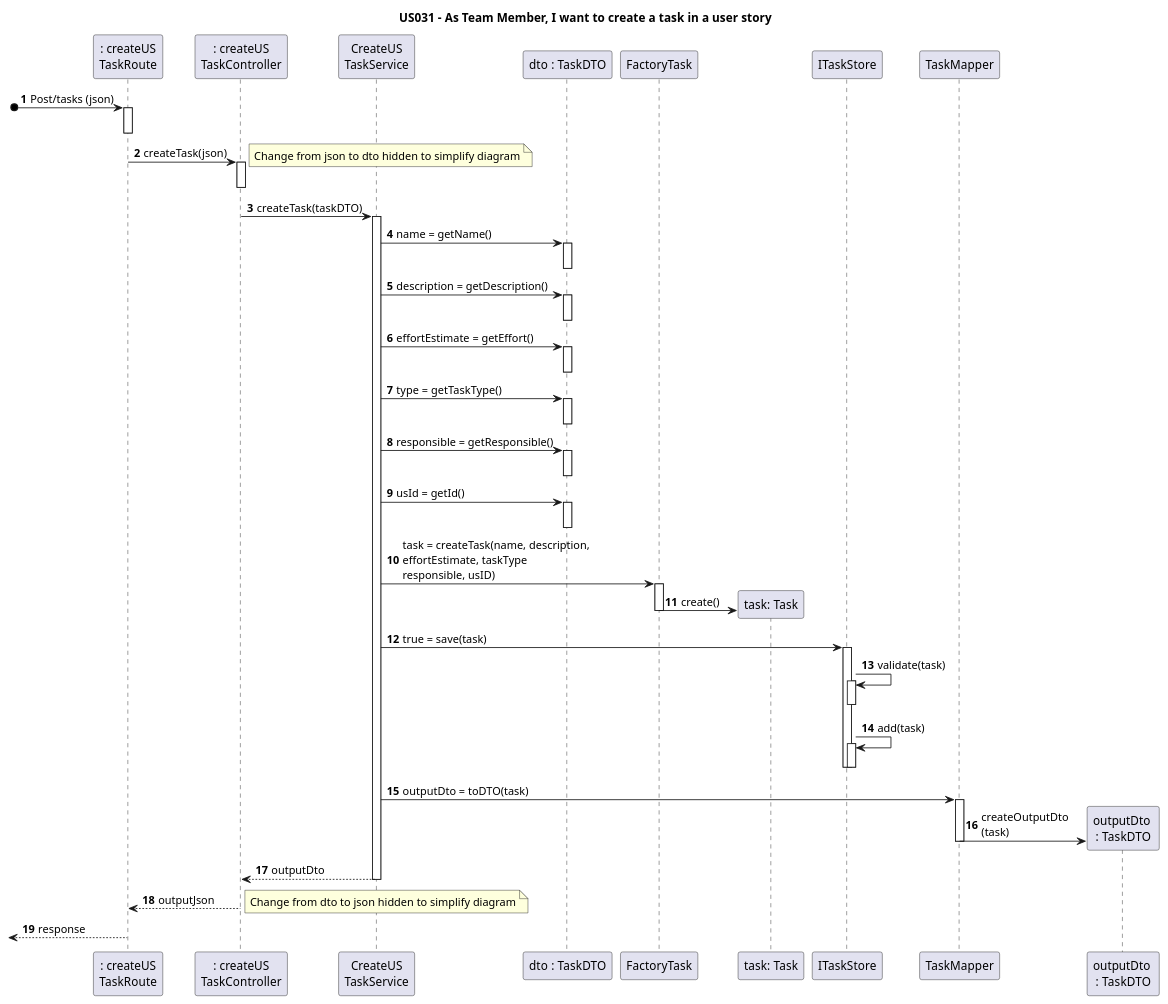
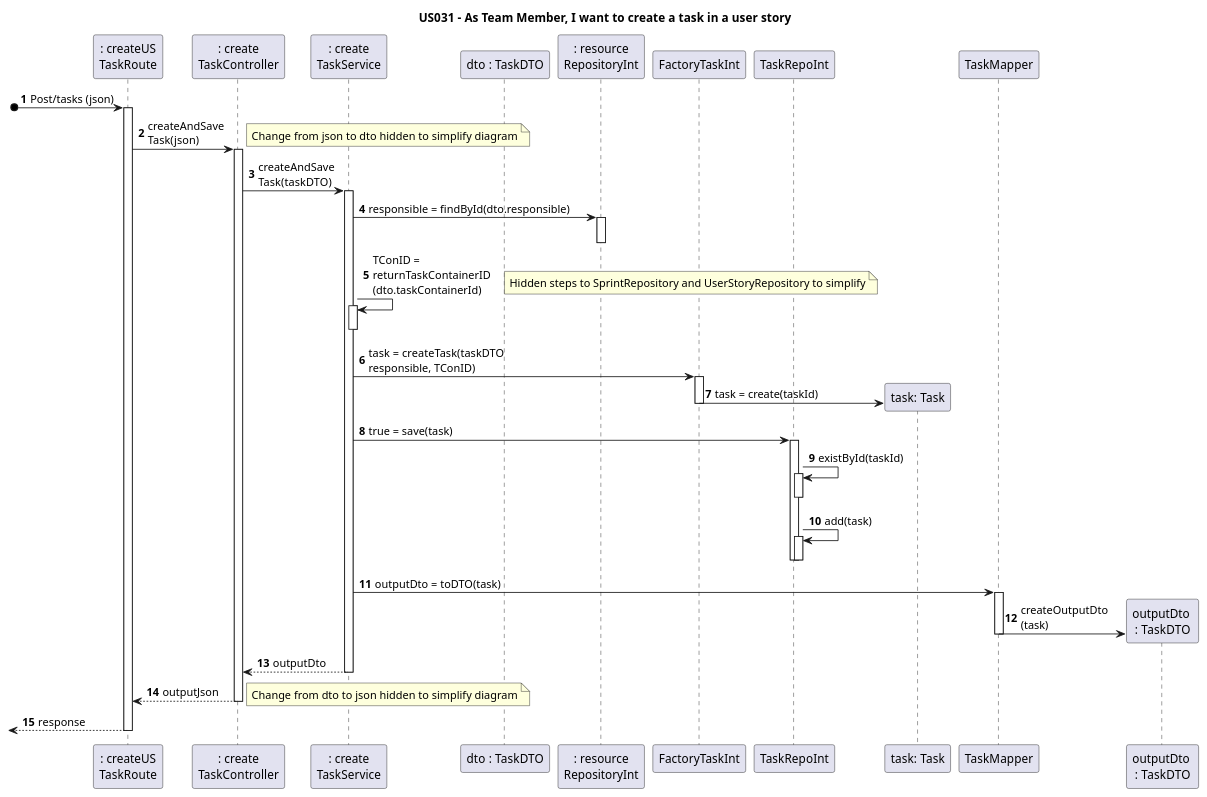
Before and after one commit to nunogon1211787/projectManagement: the diagram in docs/Reeng/US031Reeng/US031-SD.puml, drawn with PlantUML. The commit also changed 10 other files, not shown here.

Commit message:
Refactoring: Updating TaskReeng, with changes to TaskRepository, TaskFactory, CreateTaskController, TaskDTO, TaskContainerID. Add try and catch to CreateTaskController. Create ErrorMessage class. Update US031 SD. (address #153, resolve #168)

```diff
--- a/docs/Reeng/US031Reeng/US031-SD.puml
+++ b/docs/Reeng/US031Reeng/US031-SD.puml
@@ -1,76 +1,73 @@
 @startuml
 'https://plantuml.com/sequence-diagram
 
 title US031 - As Team Member, I want to create a task in a user story
 
 autonumber
 autoactivate on
 
 
 participant ": createUS\nTaskRoute" as UI
-participant ": createUS\nTaskController" as Ctrl
-participant "CreateUS\nTaskService" as tService
+participant ": create\nTaskController" as Ctrl
+participant ": create\nTaskService" as tService
 participant "dto : TaskDTO" as dtoTask
-participant "FactoryTask" as factoryT
+participant ": resource\nRepositoryInt" as resInt
+participant "FactoryTaskInt" as factoryT
+participant "TaskRepoInt" as taskStore
 participant "task: Task" as task
-participant "ITaskStore" as taskStore
 participant "TaskMapper" as mapper
 participant "outputDto \n: TaskDTO" as output
 
 
 [o-> UI: Post/tasks (json)
-deactivate
-UI -> Ctrl: createTask(json)
-deactivate
+
+UI -> Ctrl: createAndSave\nTask(json)
+
 
 note right
     Change from json to dto hidden to simplify diagram
 end note
 
-Ctrl -> tService: createTask(taskDTO)
+Ctrl -> tService: createAndSave\nTask(taskDTO)
 
-tService -> dtoTask: name = getName()
+tService -> resInt: responsible = findById(dto.responsible)
 deactivate
-tService -> dtoTask: description = getDescription()
-deactivate
-tService -> dtoTask: effortEstimate = getEffort()
-deactivate
-tService -> dtoTask: type = getTaskType()
-deactivate
-tService -> dtoTask: responsible = getResponsible()
-deactivate
-tService -> dtoTask: usId = getId()
+tService -> tService: TConID = \nreturnTaskContainerID\n(dto.taskContainerId)
+note right
+    Hidden steps to SprintRepository and UserStoryRepository to simplify
+end note
+
 deactivate
 
-tService -> factoryT: task = createTask(name, description, \neffortEstimate, taskType \nresponsible, usID)
+tService -> factoryT: task = createTask(taskDTO \nresponsible, TConID)
 
-factoryT -> task**: create()
+factoryT -> task**: task = create(taskId)
 deactivate
 
 tService -> taskStore: true = save(task)
 
-taskStore -> taskStore: validate(task)
+taskStore -> taskStore: existById(taskId)
 deactivate
 taskStore -> taskStore: add(task)
 deactivate
 deactivate
 
 tService -> mapper: outputDto = toDTO(task)
 
 mapper -> output**: createOutputDto\n(task)
 deactivate
 
 
 tService --> Ctrl: outputDto
 
 Ctrl --> UI: outputJson
 
 note right
 Change from dto to json hidden to simplify diagram
 end note
 
 [<--UI : response
 
 
 
 @enduml
```
